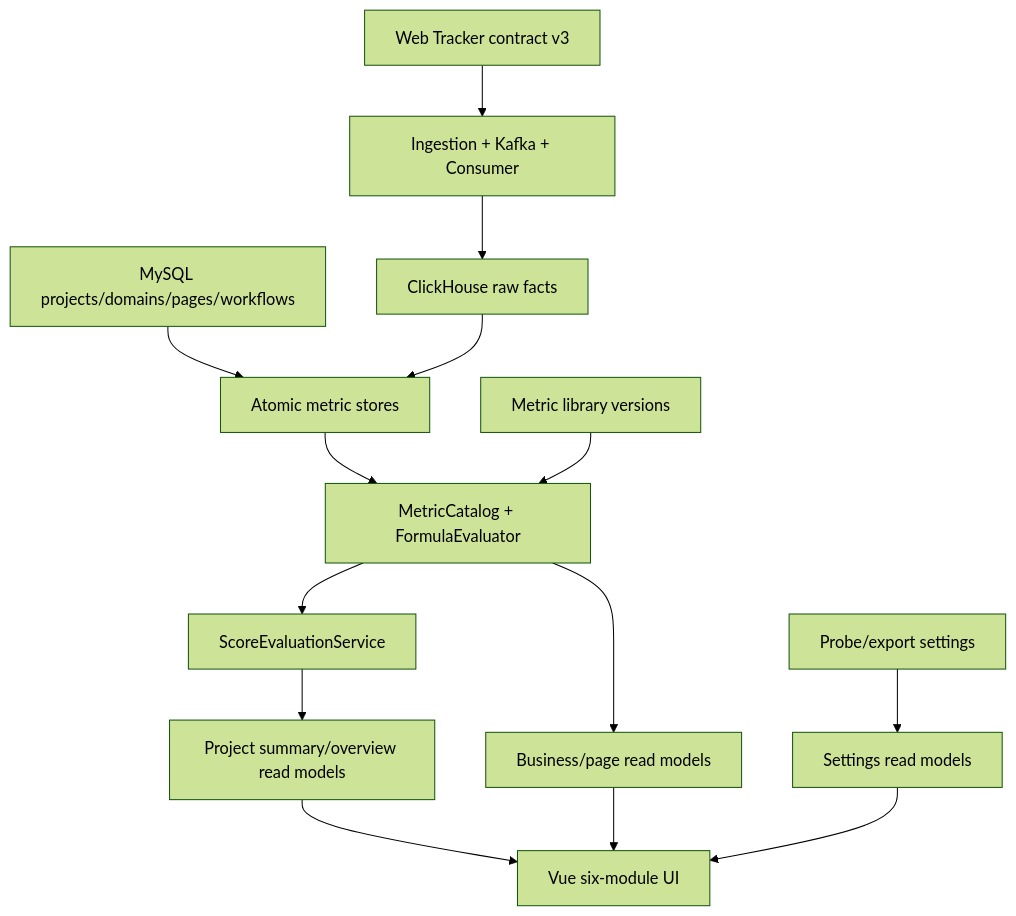
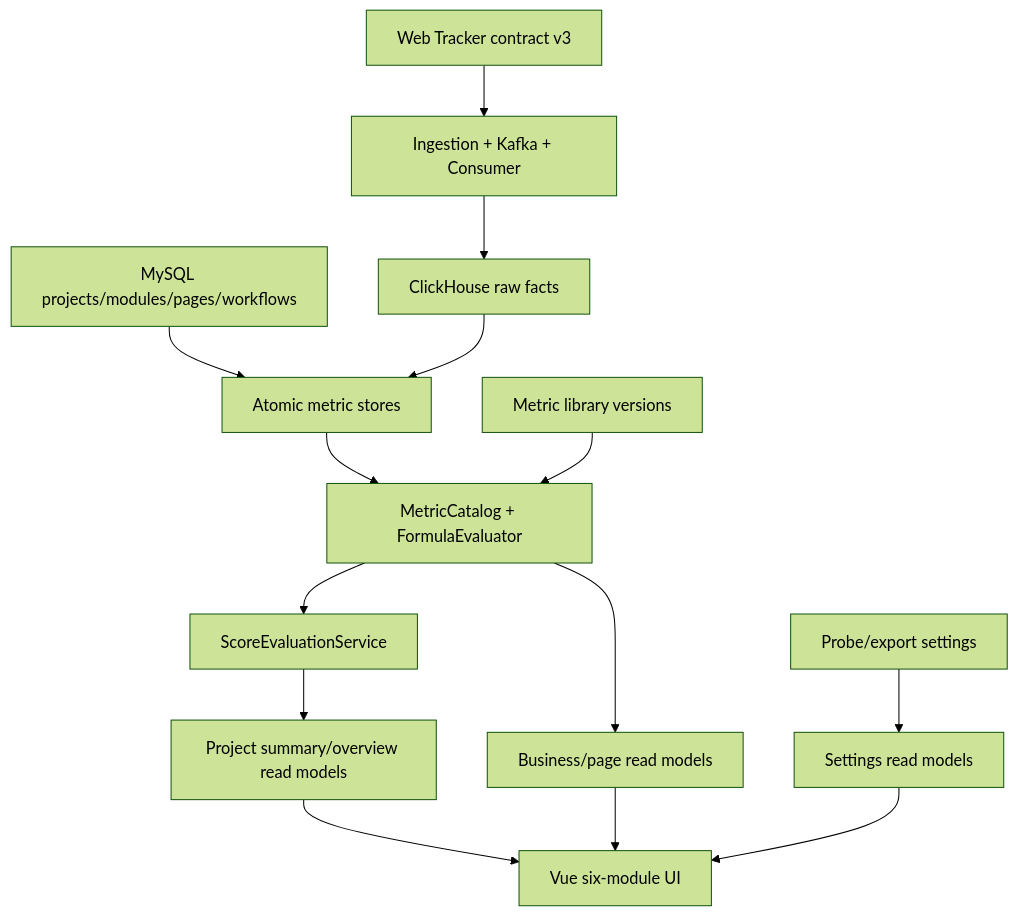
The diagram in docs/planning/mvp-plan-v1.5.md (captainamari/frontend-insight), drawn with Mermaid (forest theme) before and after one commit. The commit also changed other lines of this file and 1 other file, not shown here.

Commit message:
docs: align v1.8 naming with metric dictionary

```diff
--- a/docs/planning/mvp-plan-v1.5.md
+++ b/docs/planning/mvp-plan-v1.5.md
@@ -94,16 +117,16 @@
 ~~~mermaid
 flowchart TD
     A["Web Tracker contract v3"] --> B["Ingestion + Kafka + Consumer"]
     B --> C["ClickHouse raw facts"]
-    D["MySQL projects/domains/pages/workflows"] --> E["Atomic metric stores"]
+    D["MySQL projects/modules/pages/workflows"] --> E["Atomic metric stores"]
     C --> E
     E --> F["MetricCatalog + FormulaEvaluator"]
     G["Metric library versions"] --> F
     F --> H["ScoreEvaluationService"]
     H --> I["Project summary/overview read models"]
     F --> J["Business/page read models"]
     K["Probe/export settings"] --> L["Settings read models"]
     I --> M["Vue six-module UI"]
     J --> M
     L --> M
 ~~~
```
